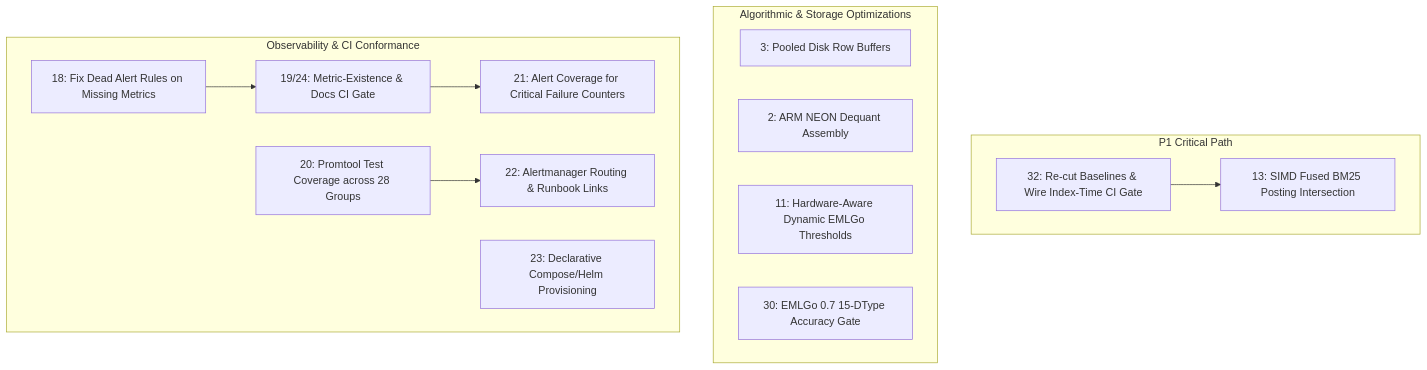
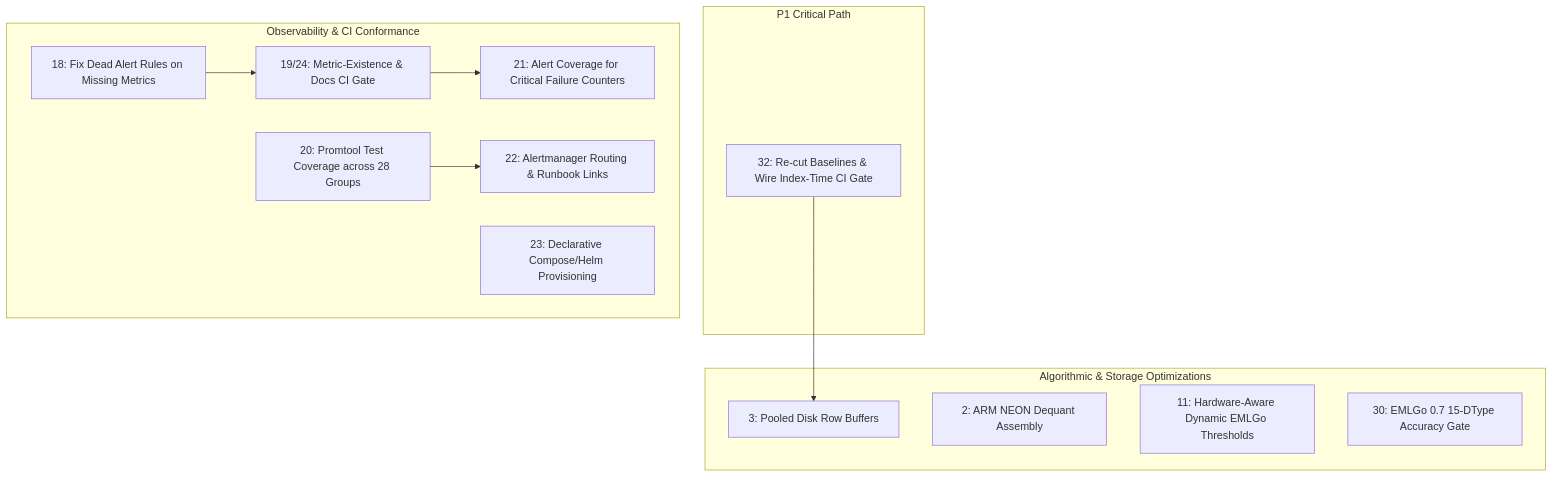
One commit to 23skdu/longbow changed the diagram in docs/roadmap.md. Above: the diagram before and after it, drawn with Mermaid. The commit also changed other lines of this file, not shown here.

Commit message:
docs(roadmap): update changelog with Item 13 completion

````diff
--- a/docs/roadmap.md
+++ b/docs/roadmap.md
@@ -15,26 +15,25 @@
 ```mermaid
 graph TD
     subgraph P1["P1 Critical Path"]
         I32["32: Re-cut Baselines & Wire Index-Time CI Gate"]
-        I13["13: SIMD Fused BM25 Posting Intersection"]
     end
     subgraph P2["Algorithmic & Storage Optimizations"]
         I3["3: Pooled Disk Row Buffers"]
         I2["2: ARM NEON Dequant Assembly"]
         I11["11: Hardware-Aware Dynamic EMLGo Thresholds"]
         I30["30: EMLGo 0.7 15-DType Accuracy Gate"]
     end
     subgraph P3["Observability & CI Conformance"]
         I18["18: Fix Dead Alert Rules on Missing Metrics"]
         I19["19/24: Metric-Existence & Docs CI Gate"]
         I21["21: Alert Coverage for Critical Failure Counters"]
         I20["20: Promtool Test Coverage across 28 Groups"]
         I22["22: Alertmanager Routing & Runbook Links"]
         I23["23: Declarative Compose/Helm Provisioning"]
     end
 
-    I32 --> I13
+    I32 --> I3
     I18 --> I19
     I19 --> I21
     I20 --> I22
 ```
````
